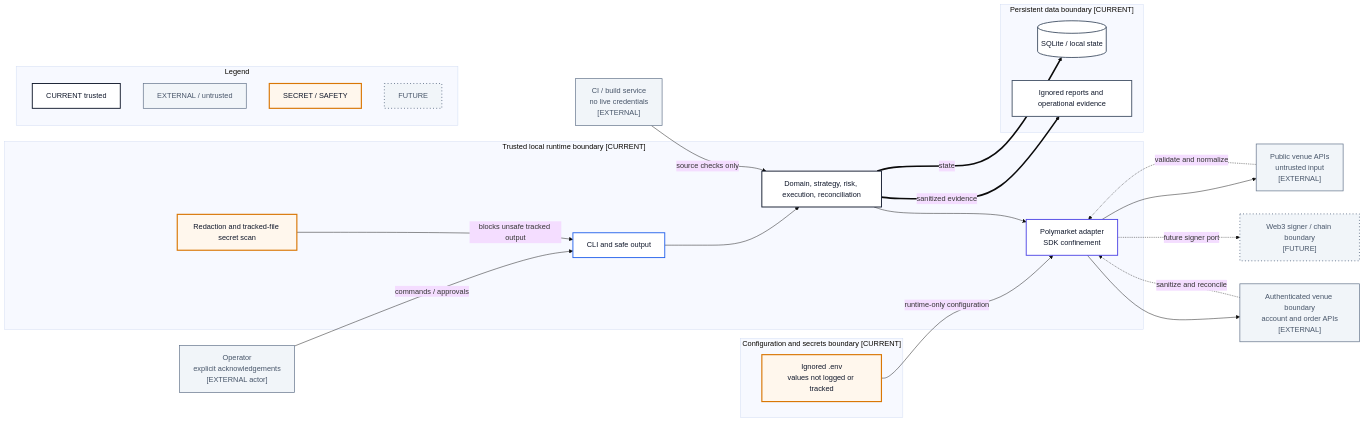
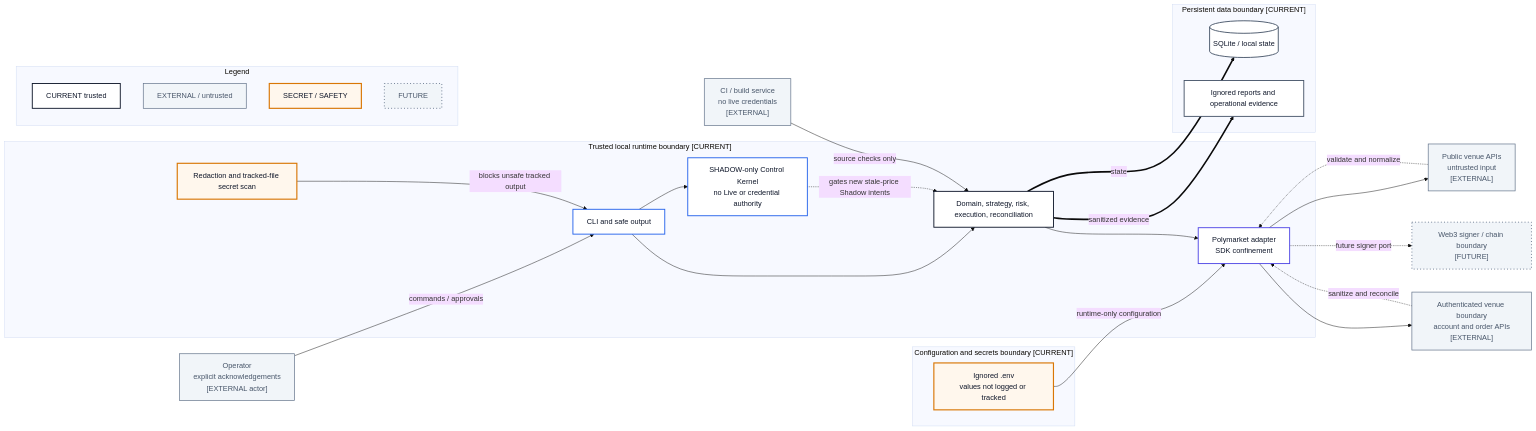
One commit to PolySia-Systems/Platform changed the diagram in docs/04-architecture/visual-system/views/15-trust-boundaries.md. Above: the diagram before and after it, drawn with Mermaid (base theme). The commit also changed other lines of this file and 49 other files, not shown here.

Commit message:
docs(architecture): refresh repository truth baseline

````diff
--- a/docs/04-architecture/visual-system/views/15-trust-boundaries.md
+++ b/docs/04-architecture/visual-system/views/15-trust-boundaries.md
@@ -14,53 +14,56 @@
 ```mermaid
 flowchart LR
   Operator["Operator\nexplicit acknowledgements\n[EXTERNAL actor]"]:::external
   CI["CI / build service\nno live credentials\n[EXTERNAL]"]:::external
   Public["Public venue APIs\nuntrusted input\n[EXTERNAL]"]:::external
   AuthVenue["Authenticated venue boundary\naccount and order APIs\n[EXTERNAL]"]:::external
   Web3["Web3 signer / chain boundary\n[FUTURE]"]:::future
 
   subgraph LOCAL["Trusted local runtime boundary [CURRENT]"]
     CLI["CLI and safe output"]:::application
+    Control["SHADOW-only Control Kernel\nno Live or credential authority"]:::application
     Core["Domain, strategy, risk, execution, reconciliation"]:::current
     Adapter["Polymarket adapter\nSDK confinement"]:::adapter
     Scan["Redaction and tracked-file secret scan"]:::risk
   end
 
   subgraph SECRET["Configuration and secrets boundary [CURRENT]"]
     Env["Ignored .env\nvalues not logged or tracked"]:::risk
   end
 
   subgraph DATA["Persistent data boundary [CURRENT]"]
     DB[("SQLite / local state")]:::storage
     Evidence["Ignored reports and operational evidence"]:::storage
   end
 
   Operator -->|commands / approvals| CLI
   CLI --> Core
+  CLI --> Control
+  Control -.->|gates new stale-price Shadow intents| Core
   Env -->|runtime-only configuration| Adapter
   Core --> Adapter
   Adapter --> Public
   Adapter --> AuthVenue
   Public -.->|validate and normalize| Adapter
   AuthVenue -.->|sanitize and reconcile| Adapter
   Core ==>|state| DB
   Core ==>|sanitized evidence| Evidence
   Scan -->|blocks unsafe tracked output| CLI
   CI -->|source checks only| Core
   Adapter -.->|future signer port| Web3
 
   subgraph LEGEND["Legend"]
     L1["CURRENT trusted"]:::current
     L2["EXTERNAL / untrusted"]:::external
     L3["SECRET / SAFETY"]:::risk
     L4["FUTURE"]:::future
   end
 
   classDef current fill:#FFFFFF,stroke:#0F172A,stroke-width:2px,color:#0F172A;
   classDef application fill:#FFFFFF,stroke:#2563EB,stroke-width:2px,color:#0F172A;
   classDef adapter fill:#FFFFFF,stroke:#4F46E5,stroke-width:2px,color:#0F172A;
   classDef external fill:#F1F5F9,stroke:#64748B,stroke-width:1.5px,color:#475569;
   classDef future fill:#F1F5F9,stroke:#64748B,stroke-width:2px,stroke-dasharray:2 5,color:#475569;
   classDef risk fill:#FFF7ED,stroke:#D97706,stroke-width:2.5px,color:#0F172A;
   classDef storage fill:#FFFFFF,stroke:#475569,stroke-width:2px,color:#0F172A;
 ```
````
